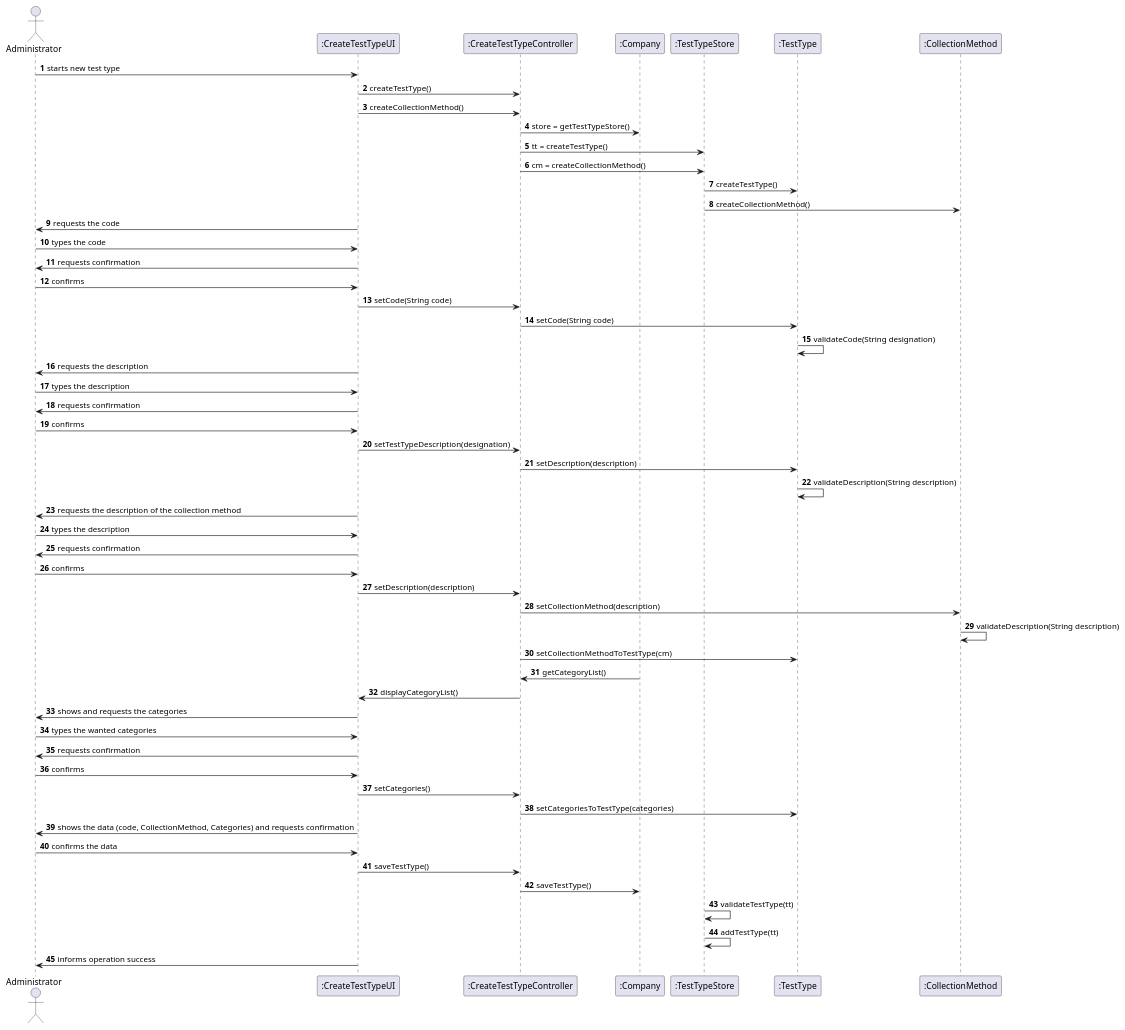
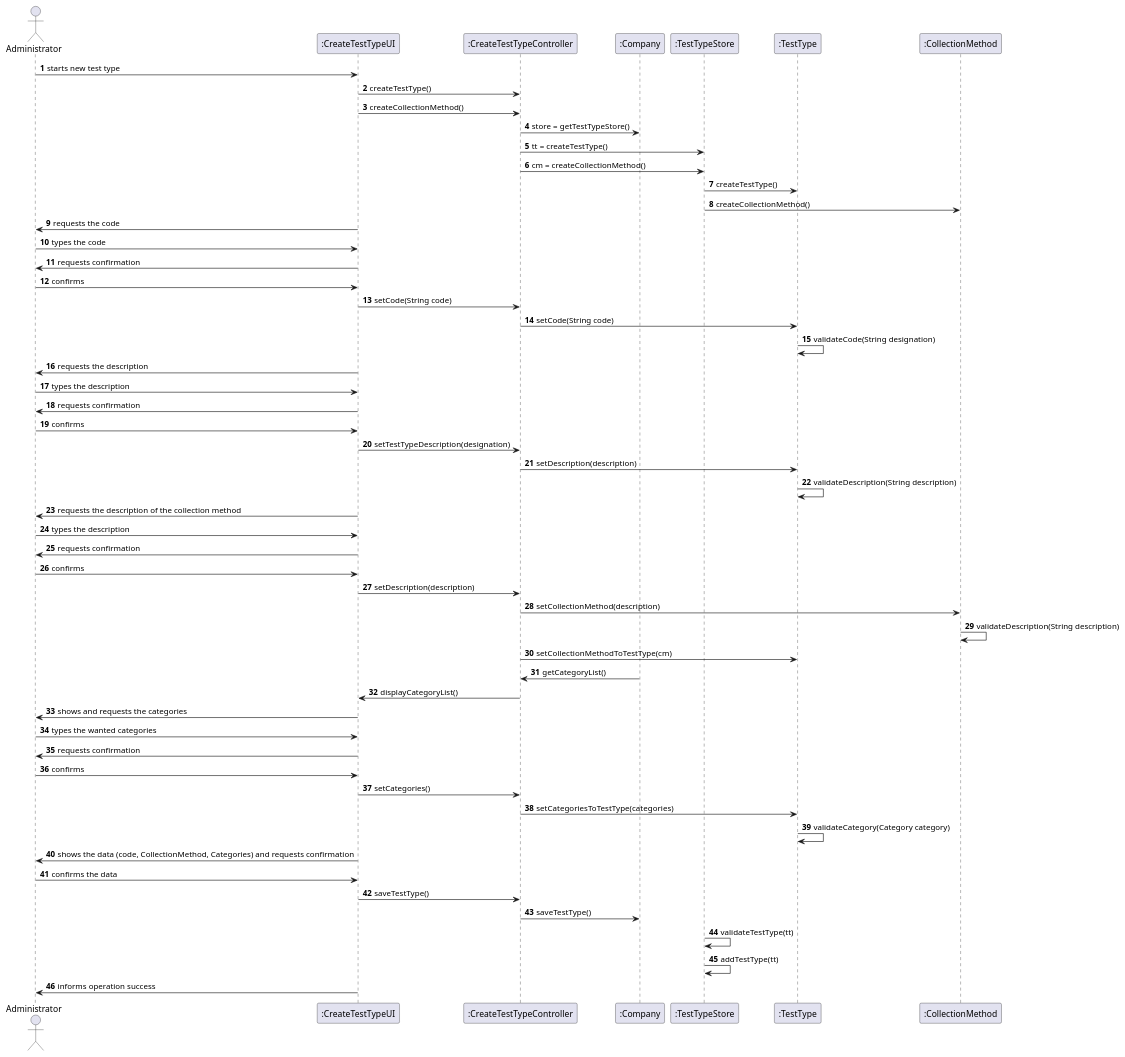
Before and after one commit to MadDinosaur/ISEP-LAPR2: the diagram in docs/SprintB/US9/US9_SD.puml, drawn with PlantUML. The commit also changed 5 other files, not shown here.

```diff
--- a/docs/SprintB/US9/US9_SD.puml
+++ b/docs/SprintB/US9/US9_SD.puml
@@ -1,67 +1,68 @@
 @startuml
 
 
 autonumber
 
 actor Administrator
 
 Administrator -> ":CreateTestTypeUI": starts new test type
 ":CreateTestTypeUI" -> ":CreateTestTypeController": createTestType()
 ":CreateTestTypeUI" -> ":CreateTestTypeController": createCollectionMethod()
 ":CreateTestTypeController" -> ":Company": store = getTestTypeStore()
 ":CreateTestTypeController" -> ":TestTypeStore": tt = createTestType()
 ":CreateTestTypeController" -> ":TestTypeStore": cm = createCollectionMethod()
 ":TestTypeStore" -> ":TestType": createTestType()
 ":TestTypeStore" -> ":CollectionMethod": createCollectionMethod()
 
 ":CreateTestTypeUI" -> Administrator: requests the code
 Administrator -> ":CreateTestTypeUI": types the code
 ":CreateTestTypeUI" -> Administrator: requests confirmation
 Administrator -> ":CreateTestTypeUI": confirms
 
 ":CreateTestTypeUI" -> ":CreateTestTypeController": setCode(String code)
 ":CreateTestTypeController" -> ":TestType": setCode(String code)
 ":TestType" -> ":TestType": validateCode(String designation)
 
 ":CreateTestTypeUI" -> Administrator: requests the description
 Administrator -> ":CreateTestTypeUI": types the description
 ":CreateTestTypeUI" -> Administrator: requests confirmation
 Administrator -> ":CreateTestTypeUI": confirms
 
 ":CreateTestTypeUI" -> ":CreateTestTypeController": setTestTypeDescription(designation)
 ":CreateTestTypeController" -> ":TestType": setDescription(description)
 ":TestType" -> ":TestType": validateDescription(String description)
 
 ":CreateTestTypeUI" -> Administrator: requests the description of the collection method
 Administrator -> ":CreateTestTypeUI": types the description
 ":CreateTestTypeUI" -> Administrator: requests confirmation
 Administrator -> ":CreateTestTypeUI": confirms
 
 ":CreateTestTypeUI" -> ":CreateTestTypeController": setDescription(description)
 
 ":CreateTestTypeController" -> ":CollectionMethod": setCollectionMethod(description)
 ":CollectionMethod" -> ":CollectionMethod": validateDescription(String description)
 ":CreateTestTypeController" -> ":TestType": setCollectionMethodToTestType(cm)
 
 ":Company" -> ":CreateTestTypeController": getCategoryList()
 ":CreateTestTypeController" -> ":CreateTestTypeUI": displayCategoryList()
 
 ":CreateTestTypeUI" -> Administrator: shows and requests the categories
 Administrator -> ":CreateTestTypeUI": types the wanted categories
 ":CreateTestTypeUI" -> Administrator: requests confirmation
 Administrator -> ":CreateTestTypeUI": confirms
 
 ":CreateTestTypeUI" -> ":CreateTestTypeController": setCategories()
 ":CreateTestTypeController" -> ":TestType": setCategoriesToTestType(categories)
+":TestType" -> ":TestType": validateCategory(Category category)
 ":CreateTestTypeUI" -> Administrator: shows the data (code, CollectionMethod, Categories) and requests confirmation
 Administrator -> ":CreateTestTypeUI": confirms the data
 ":CreateTestTypeUI" -> ":CreateTestTypeController": saveTestType()
 ":CreateTestTypeController" -> ":Company": saveTestType()
 ":TestTypeStore" -> ":TestTypeStore": validateTestType(tt)
 ":TestTypeStore" -> ":TestTypeStore": addTestType(tt)
 
 ":CreateTestTypeUI" -> Administrator: informs operation success
 
 
 
 @enduml
```
